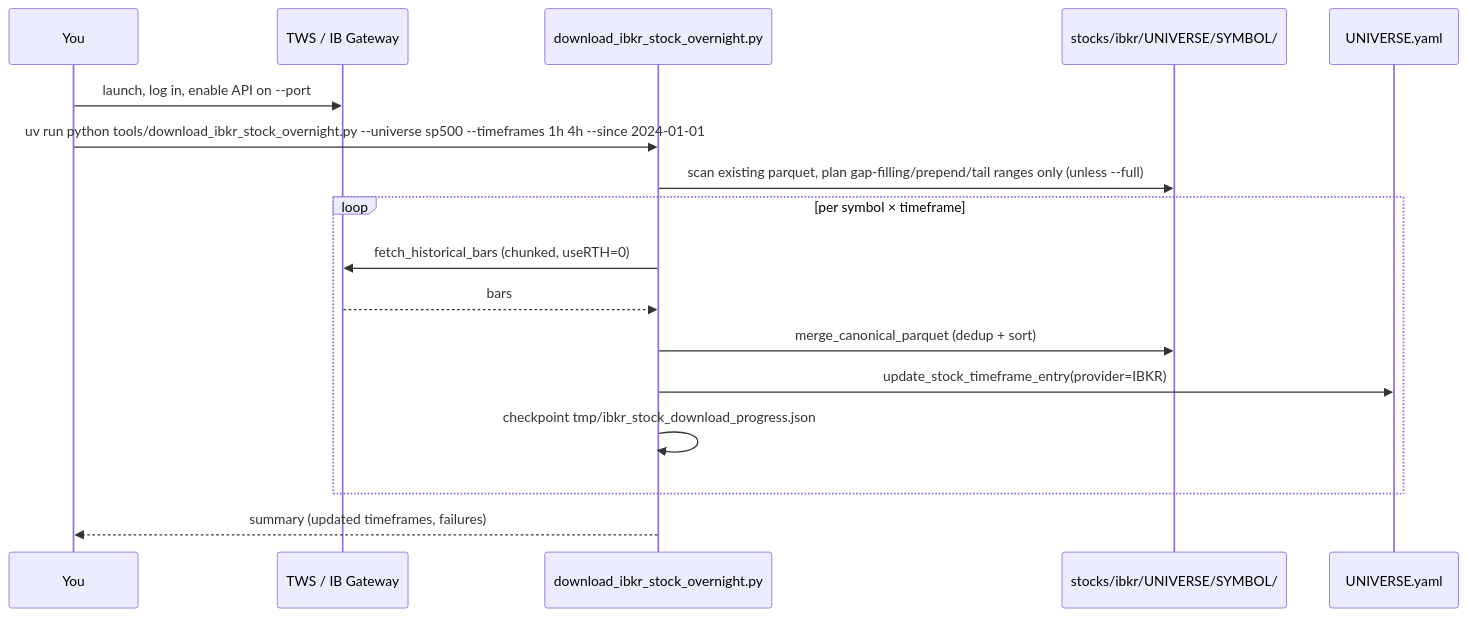
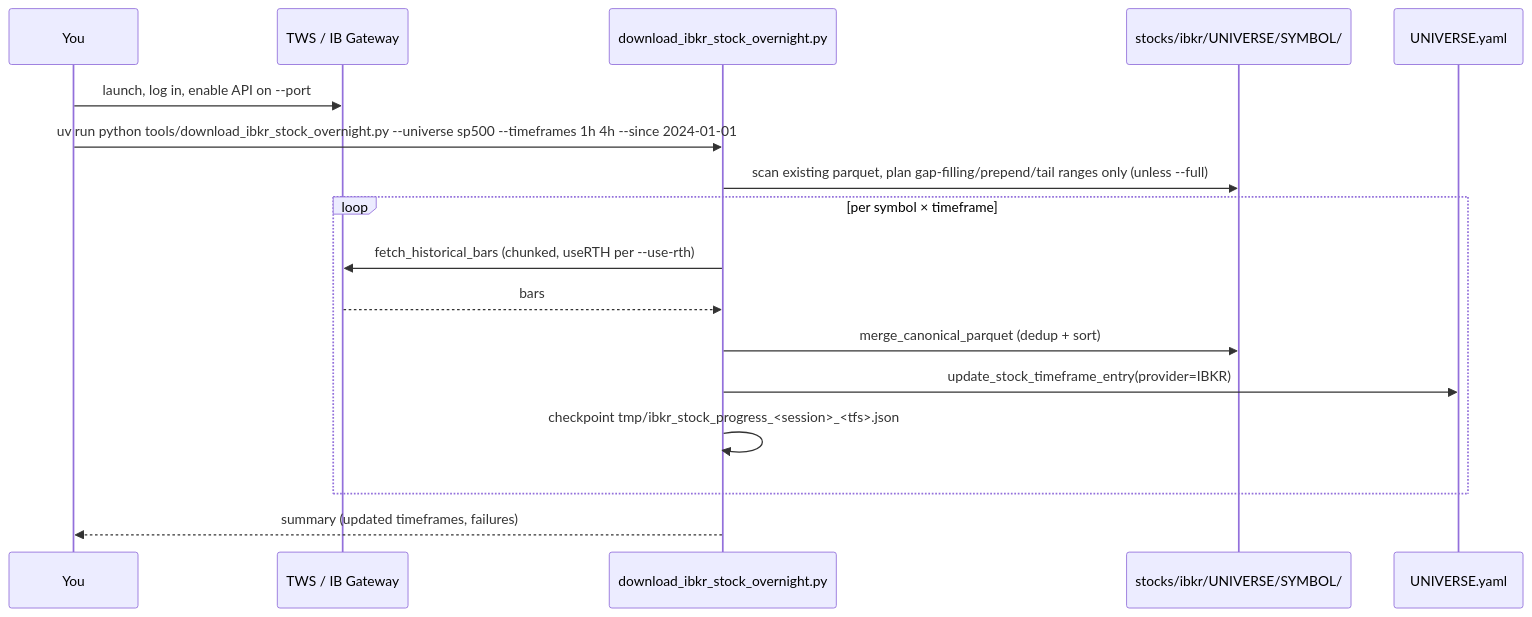
Before and after one commit to petarkabashki/ai-data-manager: the second of 5 diagrams in docs/workflows.md, drawn with Mermaid. The commit also changed other lines of this file and 71 other files, not shown here.

````diff
--- a/docs/workflows.md
+++ b/docs/workflows.md
@@ -63,20 +93,20 @@
 ```mermaid
 sequenceDiagram
     participant U as You
     participant TWS as TWS / IB Gateway
     participant T as download_ibkr_stock_overnight.py
     participant F as stocks/ibkr/UNIVERSE/SYMBOL/
     participant C as UNIVERSE.yaml
 
     U->>TWS: launch, log in, enable API on --port
     U->>T: uv run python tools/download_ibkr_stock_overnight.py --universe sp500 --timeframes 1h 4h --since 2024-01-01
     T->>F: scan existing parquet, plan gap-filling/prepend/tail ranges only (unless --full)
     loop per symbol × timeframe
-        T->>TWS: fetch_historical_bars (chunked, useRTH=0)
+        T->>TWS: fetch_historical_bars (chunked, useRTH per --use-rth)
         TWS-->>T: bars
         T->>F: merge_canonical_parquet (dedup + sort)
         T->>C: update_stock_timeframe_entry(provider=IBKR)
-        T->>T: checkpoint tmp/ibkr_stock_download_progress.json
+        T->>T: checkpoint tmp/ibkr_stock_progress_<session>_<tfs>.json
     end
     T-->>U: summary (updated timeframes, failures)
 ```
````
